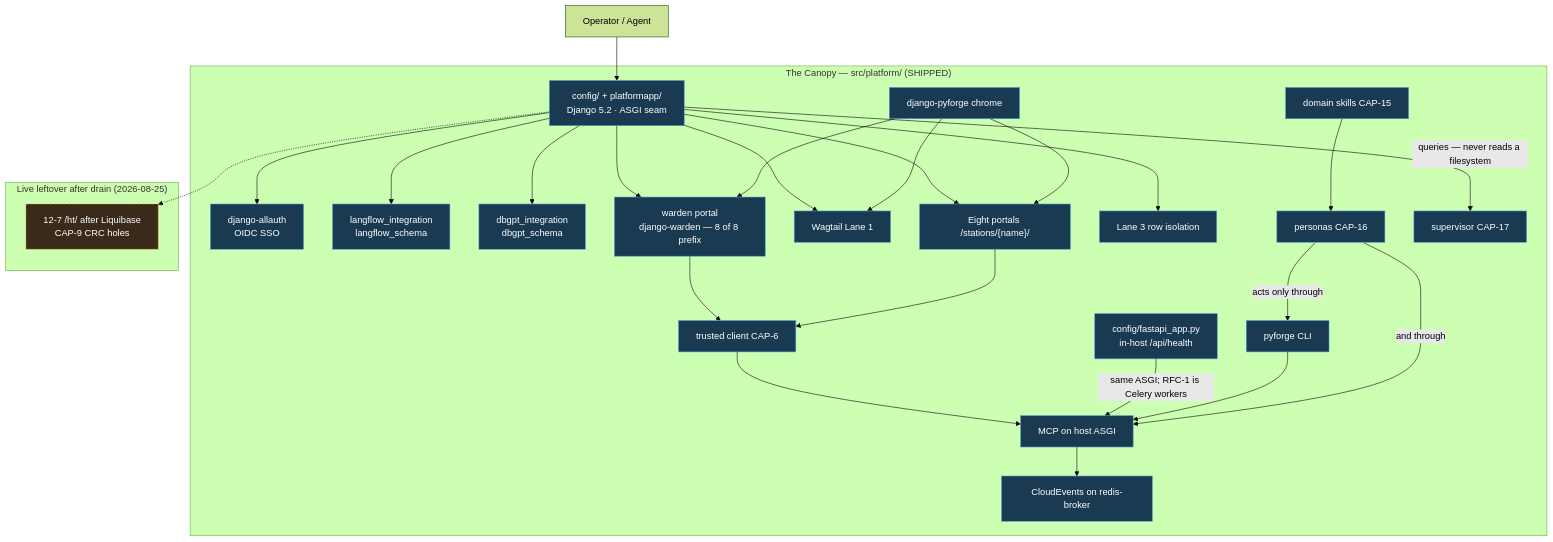
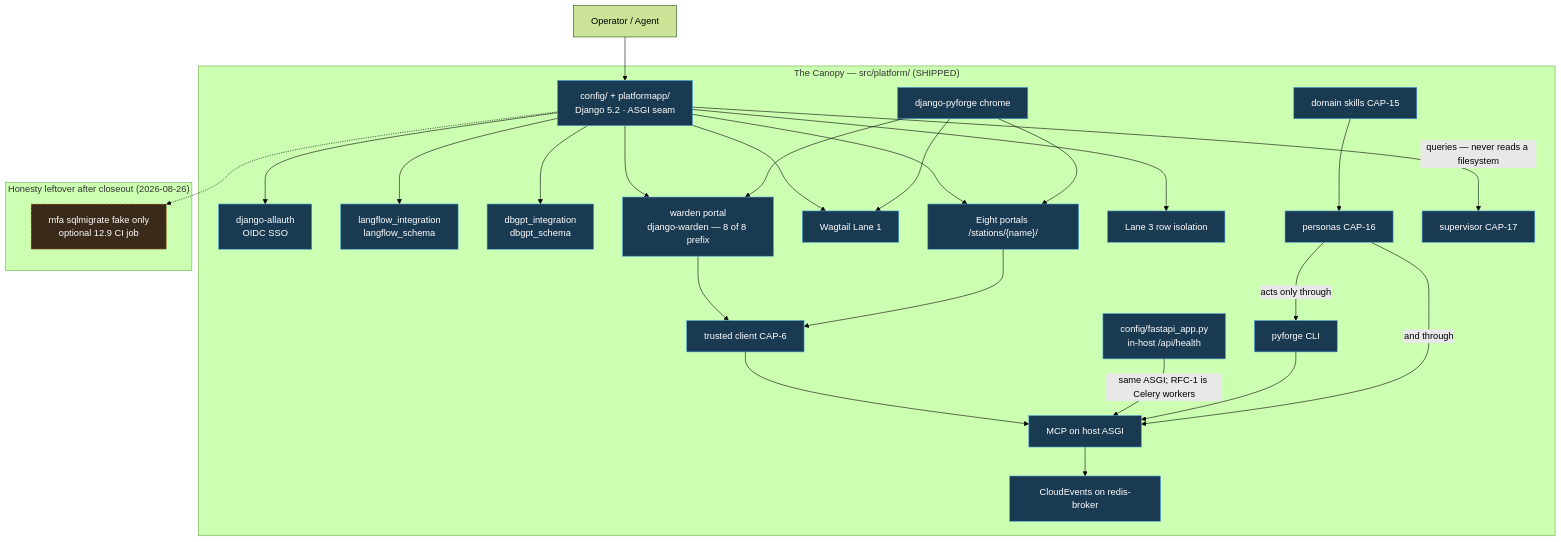
Before and after one commit to rxm7706/local-recipes: the first of 5 diagrams in _bmad-output/projects/pyforge-steward/planning-artifacts/specs/spec-pyforge-unifying-strategy/architecture-diagrams.md, drawn with Mermaid (forest theme). The commit also changed other lines of this file and 13 other files, not shown here.

First line of the commit message:
Stamp the Canopy SPEC shipped after CRC Lane 1 and CAP-9 proofs.

````diff
--- a/_bmad-output/projects/pyforge-steward/planning-artifacts/specs/spec-pyforge-unifying-strategy/architecture-diagrams.md
+++ b/_bmad-output/projects/pyforge-steward/planning-artifacts/specs/spec-pyforge-unifying-strategy/architecture-diagrams.md
@@ -16,56 +17,56 @@
 ```mermaid
 graph TB
     User["Operator / Agent"]
 
     subgraph Canopy["The Canopy — src/platform/ (SHIPPED)"]
         Host["config/ + platformapp/<br/>Django 5.2 · ASGI seam"]
         Auth["django-allauth<br/>OIDC SSO"]
         FastAPIseam["config/fastapi_app.py<br/>in-host /api/health"]
         LF["langflow_integration<br/>langflow_schema"]
         DG["dbgpt_integration<br/>dbgpt_schema"]
         CF["warden portal<br/>django-warden — 8 of 8 prefix"]
         L1["Wagtail Lane 1"]
         P7["Eight portals /stations/{name}/"]
         DP["django-pyforge chrome"]
         SVC["MCP on host ASGI"]
         CLI["pyforge CLI"]
         CLIENT["trusted client CAP-6"]
         SD["Lane 3 row isolation"]
         EV["CloudEvents on redis-broker"]
         SK["domain skills CAP-15"]
         PER["personas CAP-16"]
         SUP["supervisor CAP-17"]
     end
 
-    subgraph Residual["Live leftover after drain (2026-08-25)"]
-        LIVE["12-7 /ht/ after Liquibase<br/>CAP-9 CRC holes"]
+    subgraph Residual["Honesty leftover after closeout (2026-08-26)"]
+        LIVE["mfa sqlmigrate fake only<br/>optional 12.9 CI job"]
     end
 
     User --> Host
     Host --> Auth
     Host --> LF
     Host --> DG
     Host --> CF
     Host --> L1
     Host --> P7
     DP --> CF
     DP --> P7
     DP --> L1
     CF --> CLIENT
     P7 --> CLIENT
     CLIENT --> SVC
     FastAPIseam -->|same ASGI; RFC-1 is Celery workers| SVC
     SVC --> EV
     Host --> SD
     CLI --> SVC
     PER -->|"acts only through"| CLI
     PER -->|"and through"| SVC
     SK --> PER
     Host -->|"queries — never reads a filesystem"| SUP
     Host -.-> LIVE
 
     classDef shipped fill:#1a3a52,stroke:#4a9eda,color:#fff
     classDef residual fill:#3a2a1a,stroke:#daa54a,color:#fff,stroke-dasharray: 5 3
     class Host,Auth,FastAPIseam,LF,DG,CF,DP,L1,P7,SVC,CLI,CLIENT,SD,EV,SK,PER,SUP shipped
     class LIVE residual
 ```
````
